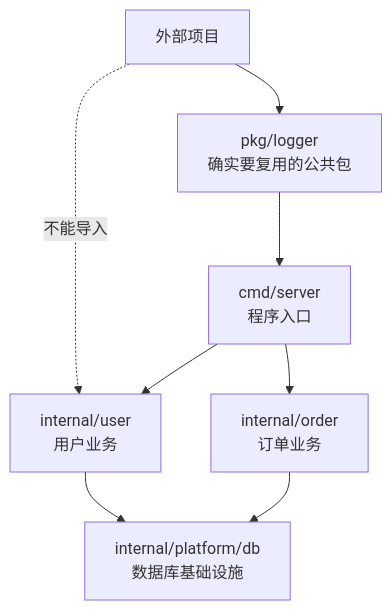
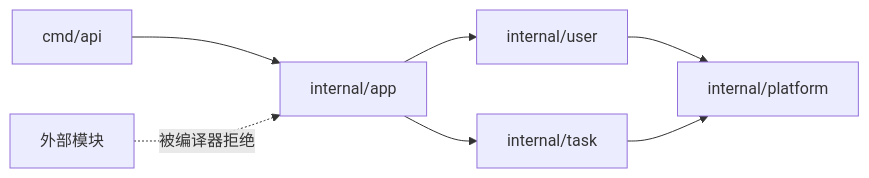
The third of 26 diagrams in docs/go/visual-guide.md (yokry-he/yok-study-web), drawn with Mermaid before and after one commit. The commit also changed other lines of this file and 277 other files, not shown here.

````diff
--- a/docs/go/visual-guide.md
+++ b/docs/go/visual-guide.md
@@ -53,10 +59,9 @@
 ```mermaid
-flowchart TD
-  A["cmd/server<br/>程序入口"] --> B["internal/user<br/>用户业务"]
-  A --> C["internal/order<br/>订单业务"]
-  B --> D["internal/platform/db<br/>数据库基础设施"]
-  C --> D
-  E["外部项目"] -. "不能导入" .-> B
-  F["pkg/logger<br/>确实要复用的公共包"] --> A
-  E --> F
+flowchart LR
+  Cmd["cmd/api"] --> App["internal/app"]
+  App --> User["internal/user"]
+  App --> Task["internal/task"]
+  User --> Platform["internal/platform"]
+  Task --> Platform
+  External["外部模块"] -. 被编译器拒绝 .-> App
 ```
````
